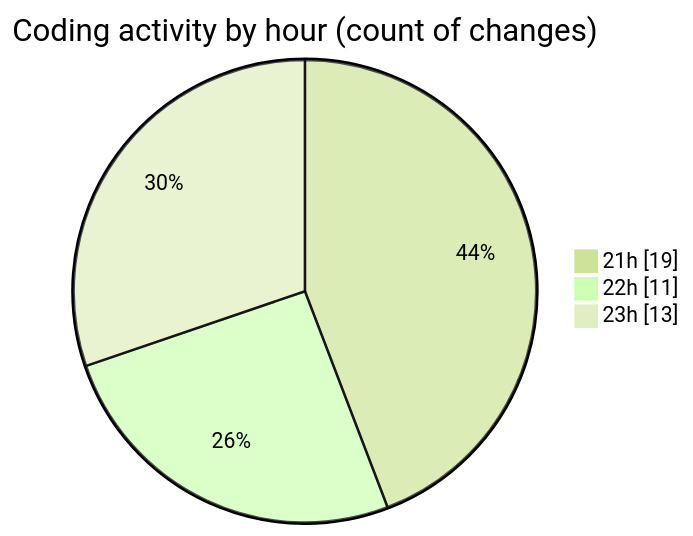
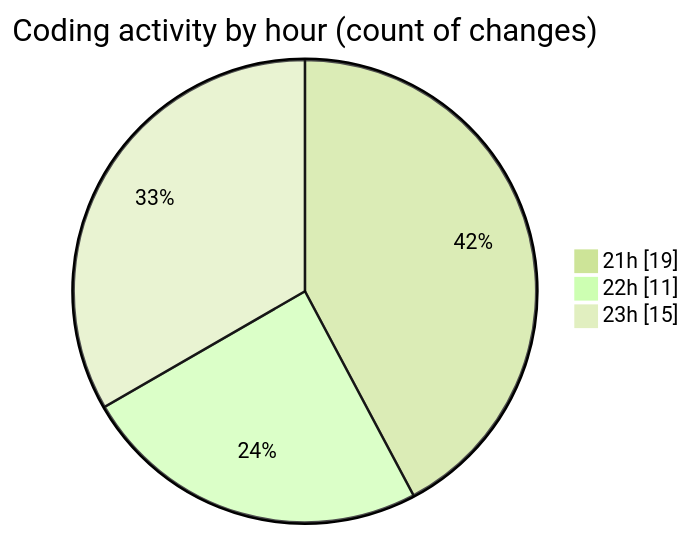
One commit to momahboobian/code-tracking changed the second of 2 diagrams in 2025-01-14/github-activity-tracker/README.md. Above: the diagram before and after it, drawn with Mermaid (forest theme). The commit also changed other lines of this file and 1 other file, not shown here.

````diff
--- a/2025-01-14/github-activity-tracker/README.md
+++ b/2025-01-14/github-activity-tracker/README.md
@@ -33,7 +35,7 @@
 ```mermaid
 pie showData
 title Coding activity by hour (count of changes)
 "21h" : 19
 "22h" : 11
-"23h" : 13
+"23h" : 15
 ```
````
